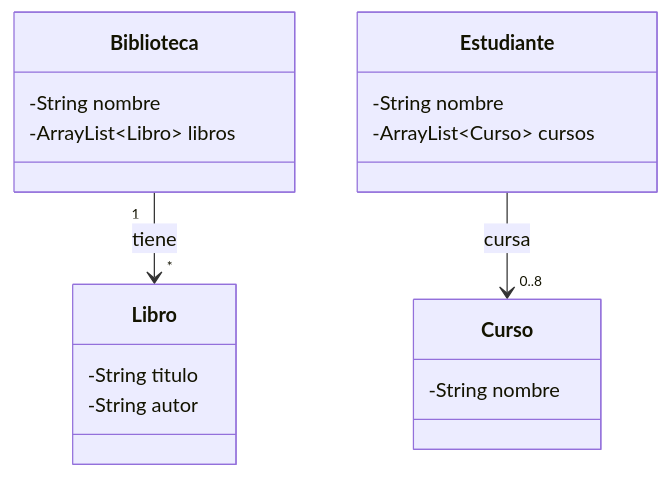
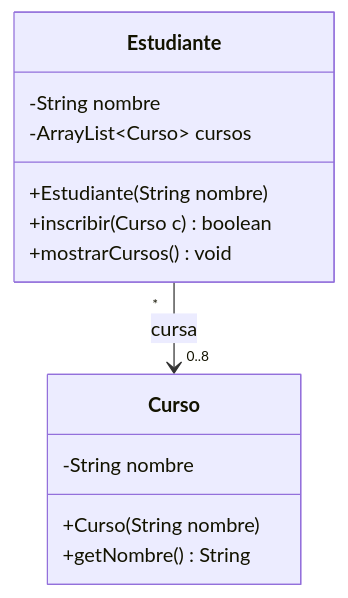
The seventh of 8 diagrams in README.md (CursosProgramacionEP/USIL_SEMANA09), drawn with Mermaid before and after one commit. The commit also changed other lines of this file, not shown here.

Commit message:
Diagramas UML completos y alineados con el código (atributos, constructores, getters, métodos)

````diff
--- a/README.md
+++ b/README.md
@@ -133,21 +188,16 @@
 ```mermaid
 classDiagram
-    class Biblioteca {
-        -String nombre
-        -ArrayList~Libro~ libros
-    }
-    class Libro {
-        -String titulo
-        -String autor
-    }
-    Biblioteca "1" --> "*" Libro : tiene
-
     class Estudiante {
         -String nombre
         -ArrayList~Curso~ cursos
+        +Estudiante(String nombre)
+        +inscribir(Curso c) boolean
+        +mostrarCursos() void
     }
     class Curso {
         -String nombre
+        +Curso(String nombre)
+        +getNombre() String
     }
-    Estudiante --> "0..8" Curso : cursa
+    Estudiante "*" --> "0..8" Curso : cursa
 ```
````
